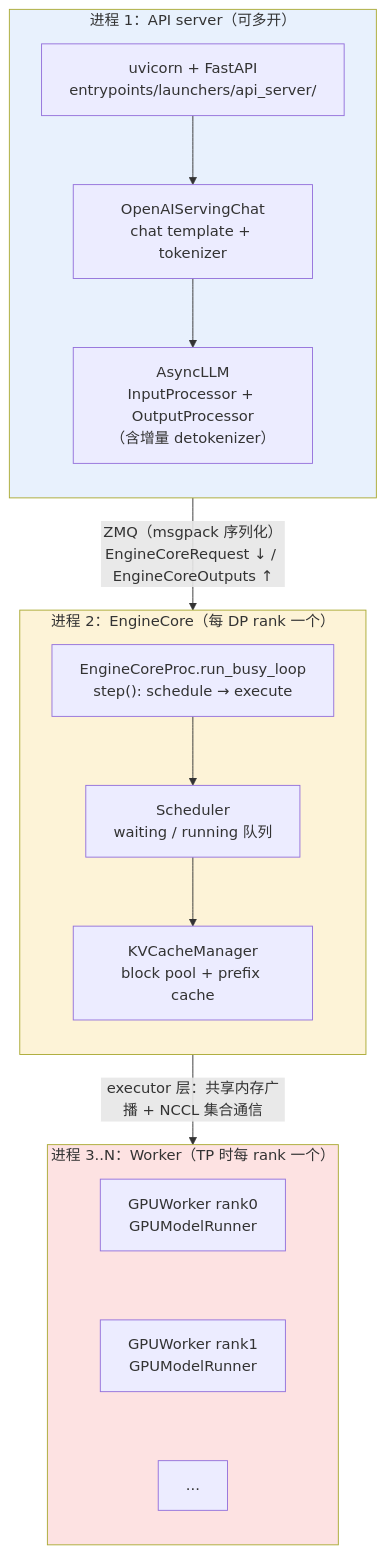
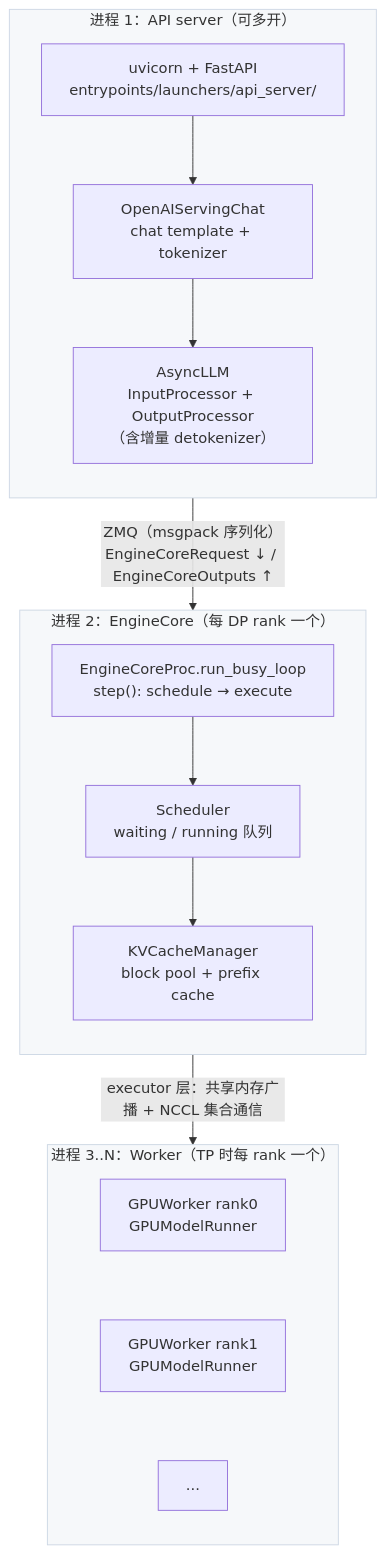
The second of 3 diagrams in interview-questions/inference/源码解读/vllm请求全链路.md (backtraxe/offer-is-all-you-need), drawn with Mermaid before and after one commit. The commit also changed 8 other files, not shown here.

First line of the commit message:
ui: 图表色板去糖果化——彩纸分区 → 统一低饱和中性灰

````diff
--- a/interview-questions/inference/源码解读/vllm请求全链路.md
+++ b/interview-questions/inference/源码解读/vllm请求全链路.md
@@ -67,33 +67,33 @@
 ```mermaid
 flowchart TB
     subgraph P1["进程 1：API server（可多开）"]
         direction TB
         HTTP["uvicorn + FastAPI<br/>entrypoints/launchers/api_server/"]
         SERVING["OpenAIServingChat<br/>chat template + tokenizer"]
         ASYNC["AsyncLLM<br/>InputProcessor + OutputProcessor<br/>（含增量 detokenizer）"]
         HTTP --> SERVING --> ASYNC
     end
 
     subgraph P2["进程 2：EngineCore（每 DP rank 一个）"]
         direction TB
         BUSY["EngineCoreProc.run_busy_loop<br/>step(): schedule → execute"]
         SCHED["Scheduler<br/>waiting / running 队列"]
         KVM["KVCacheManager<br/>block pool + prefix cache"]
         BUSY --> SCHED --> KVM
     end
 
     subgraph P3["进程 3..N：Worker（TP 时每 rank 一个）"]
         direction TB
         W0["GPUWorker rank0<br/>GPUModelRunner"]
         W1["GPUWorker rank1<br/>GPUModelRunner"]
         W2["..."]
         W0 ~~~ W1 ~~~ W2
     end
 
     ASYNC -- "ZMQ（msgpack 序列化）<br/>EngineCoreRequest ↓ / EngineCoreOutputs ↑" --> P2
     P2 -- "executor 层：共享内存广播 + NCCL 集合通信" --> P3
 
-    style P1 fill:#e8f1fd
-    style P2 fill:#fdf3d7
-    style P3 fill:#fde2e2
+    style P1 fill:#f6f8fa,stroke:#cdd7e4
+    style P2 fill:#f6f8fa,stroke:#cdd7e4
+    style P3 fill:#f6f8fa,stroke:#cdd7e4
 ```
````
